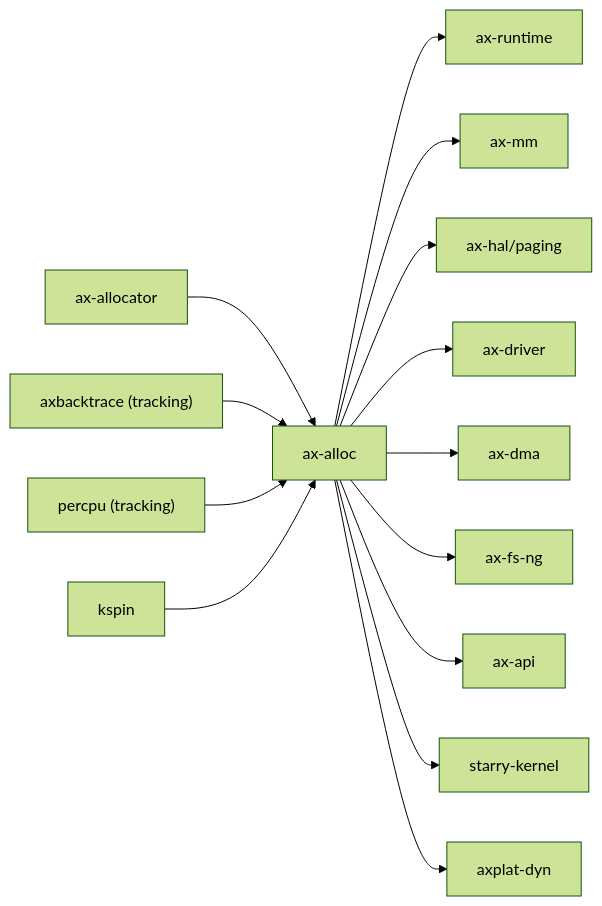
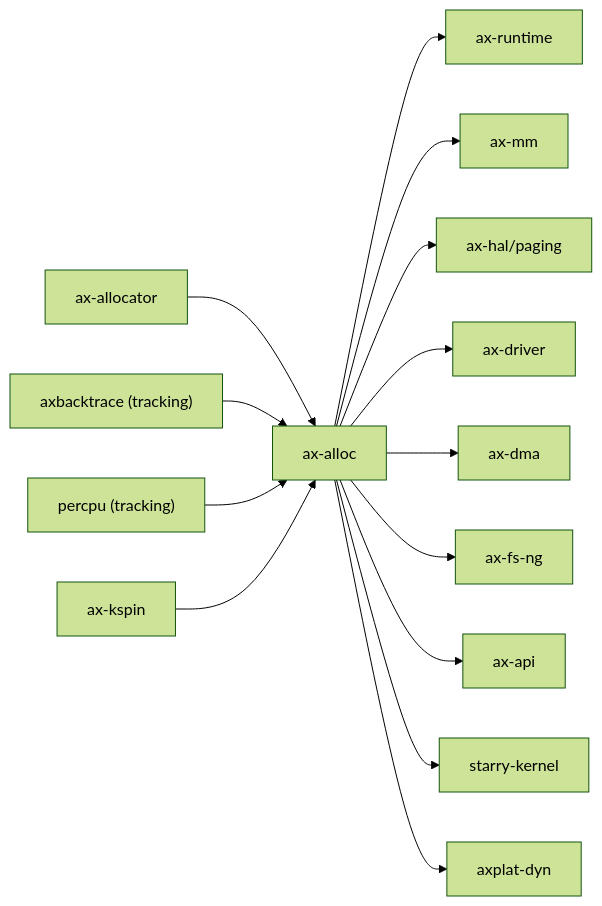
The second of 2 diagrams in docs/crates/ax-alloc.md (zKurisu/tgoskits), drawn with Mermaid (forest theme) before and after one commit. The commit also changed other lines of this file and 101 other files, not shown here.

````diff
--- a/docs/crates/ax-alloc.md
+++ b/docs/crates/ax-alloc.md
@@ -82,17 +82,17 @@
 ```mermaid
 graph LR
     ax-allocator["ax-allocator"] --> ax-alloc["ax-alloc"]
     axbacktrace["axbacktrace (tracking)"] --> ax-alloc
     percpu["percpu (tracking)"] --> ax-alloc
-    kspin["kspin"] --> ax-alloc
+    ax_kspin["ax-kspin"] --> ax-alloc
 
     ax-alloc --> ax-runtime["ax-runtime"]
     ax-alloc --> ax-mm["ax-mm"]
     ax-alloc --> ax-hal["ax-hal/paging"]
     ax-alloc --> ax-driver["ax-driver"]
     ax-alloc --> ax_dma["ax-dma"]
     ax-alloc --> axfsng["ax-fs-ng"]
     ax-alloc --> ax-api["ax-api"]
     ax-alloc --> starry_kernel["starry-kernel"]
     ax-alloc --> axplat_dyn["axplat-dyn"]
 ```
````
